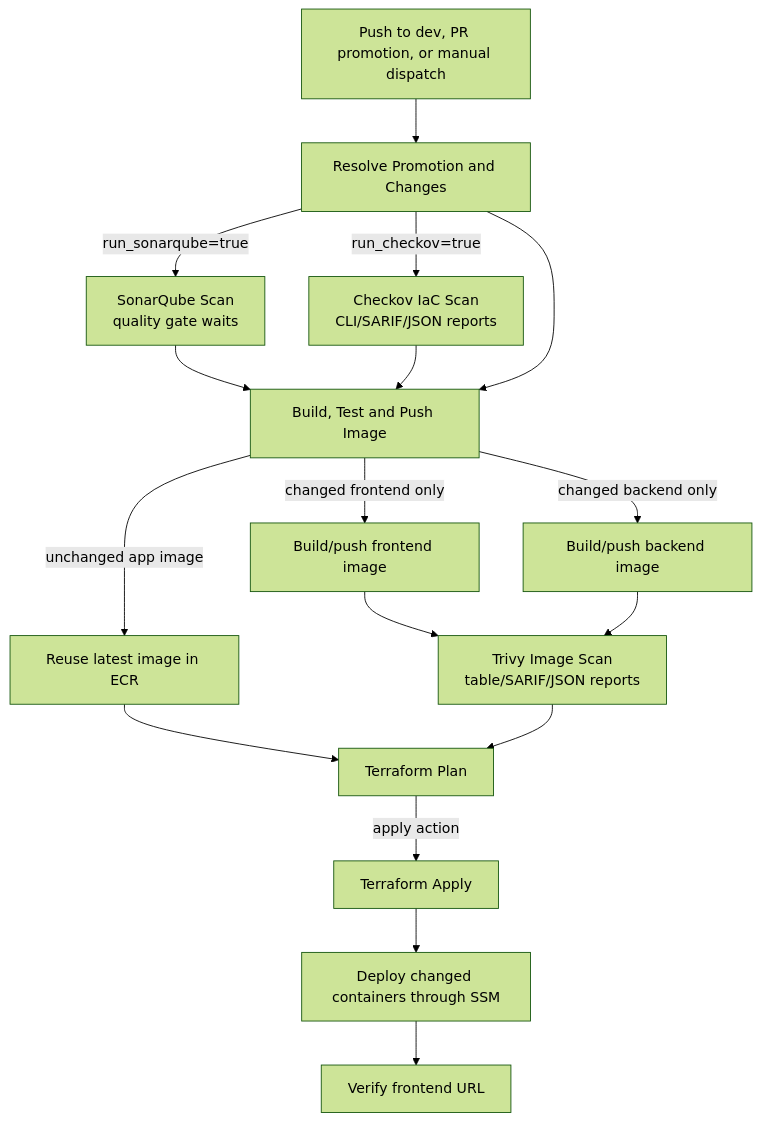
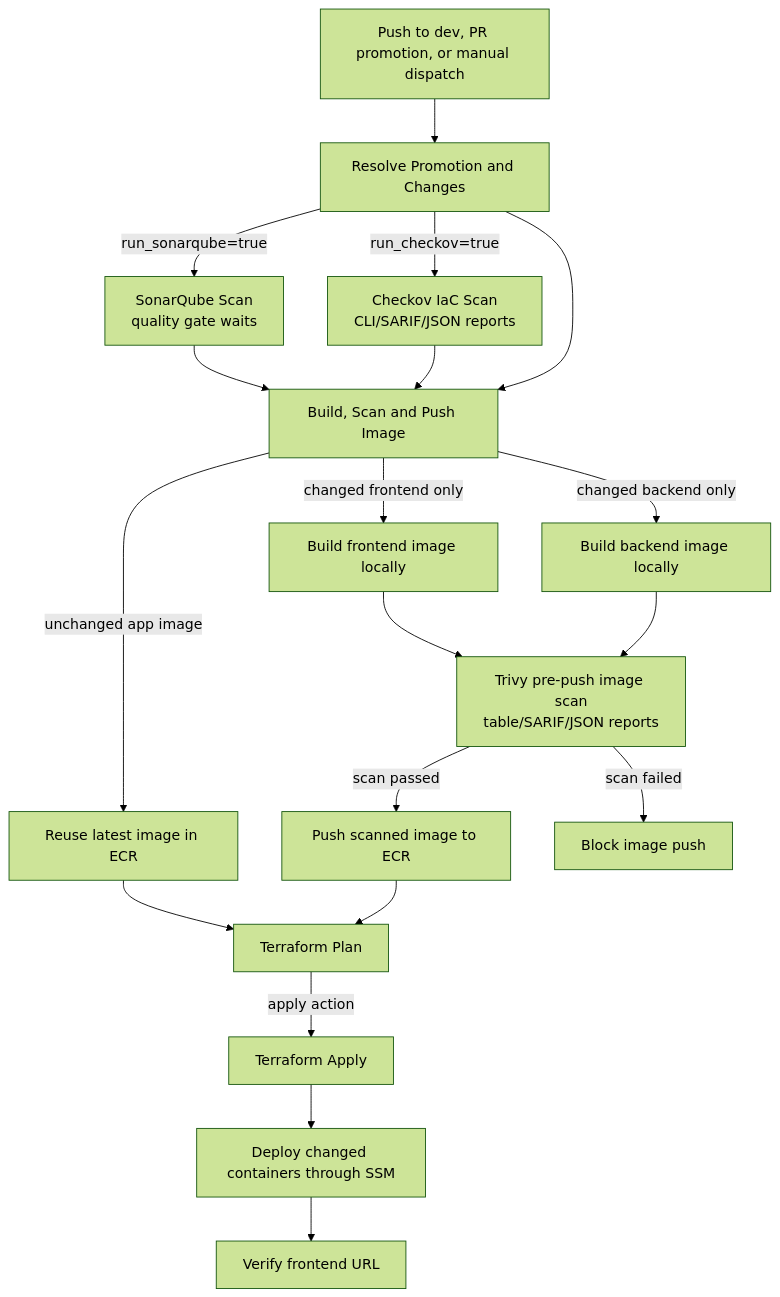
Before and after one commit to Olalekog/todo-3tier-app: the fourth of 6 diagrams in README.md, drawn with Mermaid (forest theme). The commit also changed other lines of this file and 3 other files, not shown here.

````diff
--- a/README.md
+++ b/README.md
@@ -194,19 +194,21 @@
 ```mermaid
 flowchart TD
     Trigger[Push to dev, PR promotion, or manual dispatch] --> Resolve[Resolve Promotion and Changes]
     Resolve -->|run_sonarqube=true| Sonar[SonarQube Scan<br/>quality gate waits]
     Resolve -->|run_checkov=true| Checkov[Checkov IaC Scan<br/>CLI/SARIF/JSON reports]
-    Sonar --> Docker[Build, Test and Push Image]
+    Sonar --> Docker[Build, Scan and Push Image]
     Checkov --> Docker
     Resolve --> Docker
-    Docker -->|changed frontend only| FrontendImage[Build/push frontend image]
-    Docker -->|changed backend only| BackendImage[Build/push backend image]
+    Docker -->|changed frontend only| FrontendImage[Build frontend image locally]
+    Docker -->|changed backend only| BackendImage[Build backend image locally]
     Docker -->|unchanged app image| LastImage[Reuse latest image in ECR]
-    FrontendImage --> Trivy[Trivy Image Scan<br/>table/SARIF/JSON reports]
+    FrontendImage --> Trivy[Trivy pre-push image scan<br/>table/SARIF/JSON reports]
     BackendImage --> Trivy
+    Trivy -->|scan passed| Push[Push scanned image to ECR]
+    Trivy -->|scan failed| Block[Block image push]
     LastImage --> Plan[Terraform Plan]
-    Trivy --> Plan
+    Push --> Plan
     Plan -->|apply action| Apply[Terraform Apply]
     Apply --> DeployContainers[Deploy changed containers through SSM]
     DeployContainers --> Verify[Verify frontend URL]
 ```
````
